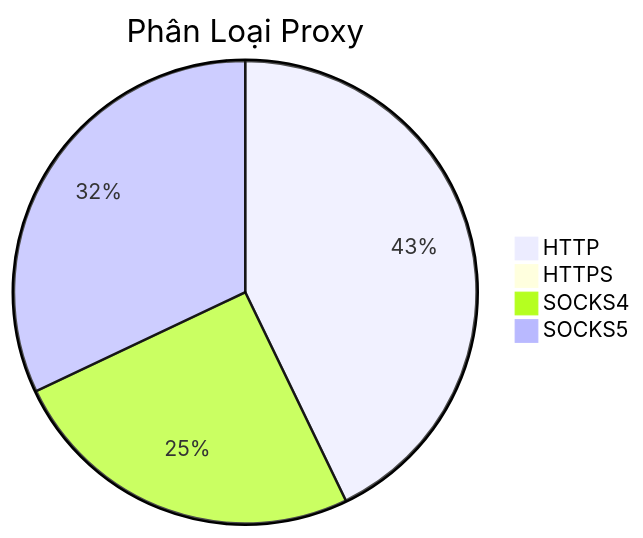
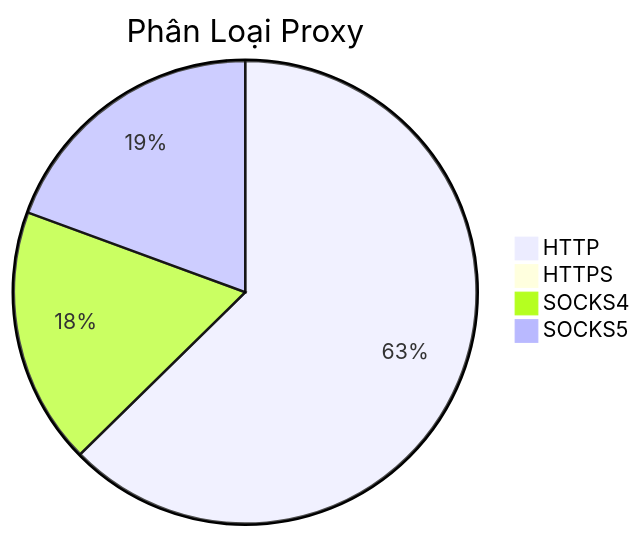
The diagram in README.md (Ciara-12/PROXY-free), drawn with Mermaid before and after one commit. The commit also changed other lines of this file and 4 other files, not shown here.

````diff
--- a/README.md
+++ b/README.md
@@ -26,7 +26,7 @@
 ```mermaid
 pie title Phân Loại Proxy
-    "HTTP" : 428
+    "HTTP" : 1169
     "HTTPS" : 1
-    "SOCKS4" : 251
-    "SOCKS5" : 320
+    "SOCKS4" : 335
+    "SOCKS5" : 362
 ```
````
